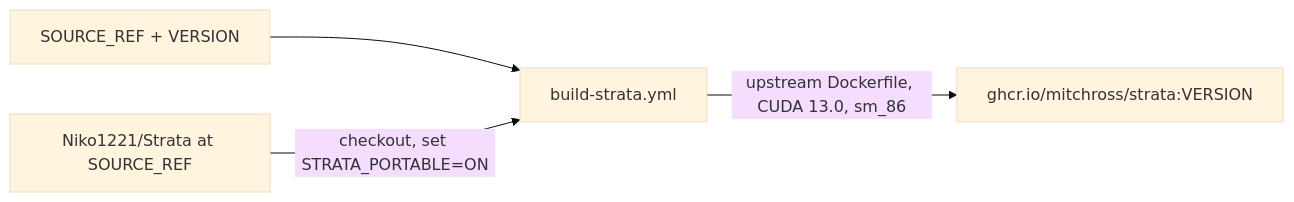
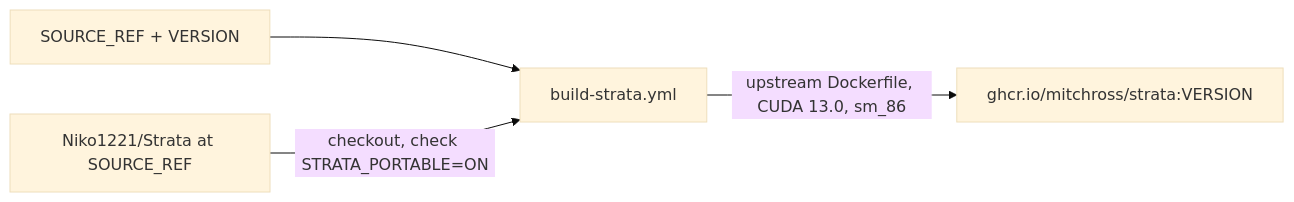
One commit to mitchross/homelab-images changed the diagram in images/strata/README.md. Above: the diagram before and after it, drawn with Mermaid (base theme). The commit also changed other lines of this file and 4 other files, not shown here.

Commit message:
strata: build v0.2.11 (engine 0.1.57), drop the portable seds (#44)

````diff
--- a/images/strata/README.md
+++ b/images/strata/README.md
@@ -6,6 +6,6 @@
 ```mermaid
 flowchart LR
   Ref[SOURCE_REF + VERSION] --> WF[build-strata.yml]
-  Up[Niko1221/Strata at SOURCE_REF] -->|checkout, set STRATA_PORTABLE=ON| WF
+  Up[Niko1221/Strata at SOURCE_REF] -->|checkout, check STRATA_PORTABLE=ON| WF
   WF -->|upstream Dockerfile, CUDA 13.0, sm_86| GHCR[ghcr.io/mitchross/strata:VERSION]
 ```
````
